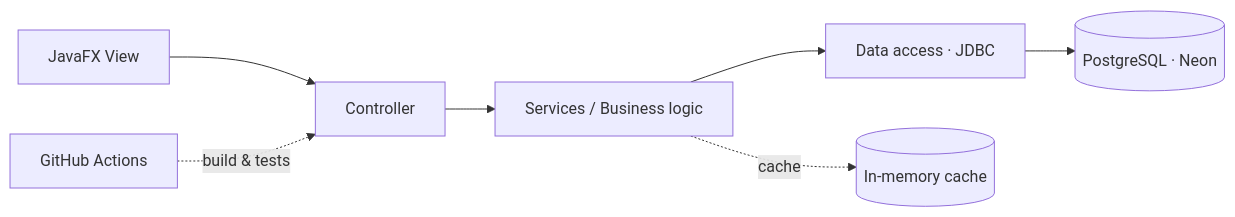
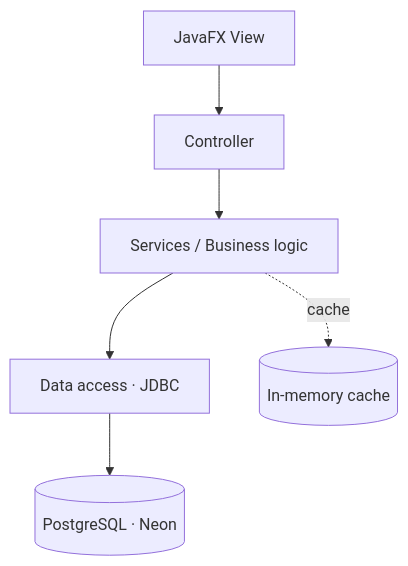
One commit to Mateosalazar543/Mateosalazar543 changed the diagram in README.md. Above: the diagram before and after it, drawn with Mermaid. The commit also changed other lines of this file, not shown here.

````diff
--- a/README.md
+++ b/README.md
@@ -106,9 +84,8 @@
 ```mermaid
-flowchart LR
+flowchart TB
     A[JavaFX View] --> B[Controller]
     B --> C[Services / Business logic]
     C --> D[Data access · JDBC]
     D --> E[(PostgreSQL · Neon)]
     C -. cache .-> F[(In-memory cache)]
-    G[GitHub Actions] -. build & tests .-> B
 ```
````
